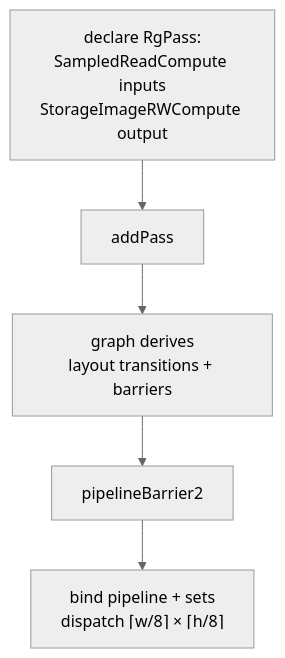
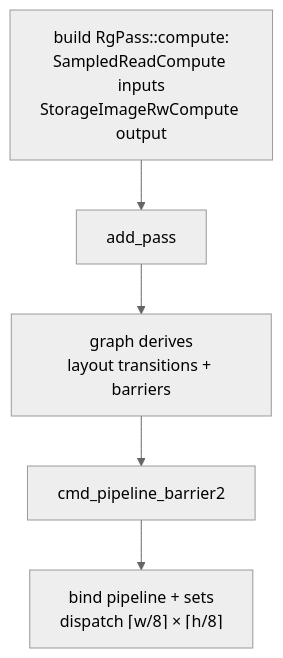
The diagram in docs/content/explanations/screen-space-and-post/compute-post-process-pattern.md (saffronjam/saffron-anima), drawn with Mermaid (neutral theme) before and after one commit. The commit also changed other lines of this file and 20 other files, not shown here.

````diff
--- a/docs/content/explanations/screen-space-and-post/compute-post-process-pattern.md
+++ b/docs/content/explanations/screen-space-and-post/compute-post-process-pattern.md
@@ -75,7 +73,7 @@
 ```mermaid
 flowchart TD
-    A[declare RgPass:<br/>SampledReadCompute inputs<br/>StorageImageRWCompute output] --> B[addPass]
+    A[build RgPass::compute:<br/>SampledReadCompute inputs<br/>StorageImageRwCompute output] --> B[add_pass]
     B --> C[graph derives<br/>layout transitions + barriers]
-    C --> D[pipelineBarrier2]
+    C --> D[cmd_pipeline_barrier2]
     D --> E[bind pipeline + sets<br/>dispatch ⌈w/8⌉ × ⌈h/8⌉]
 ```
````
